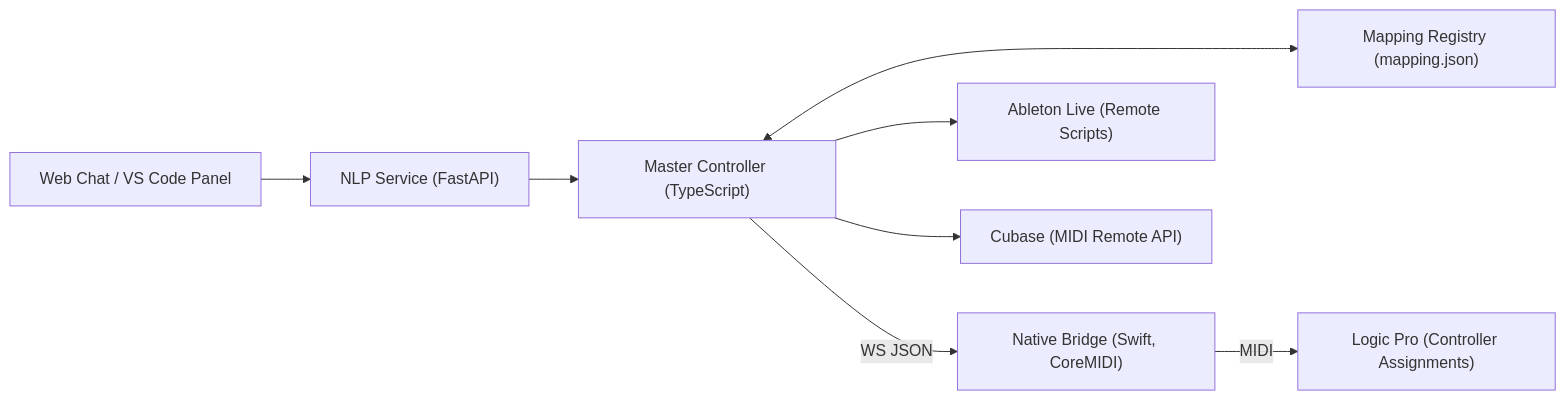
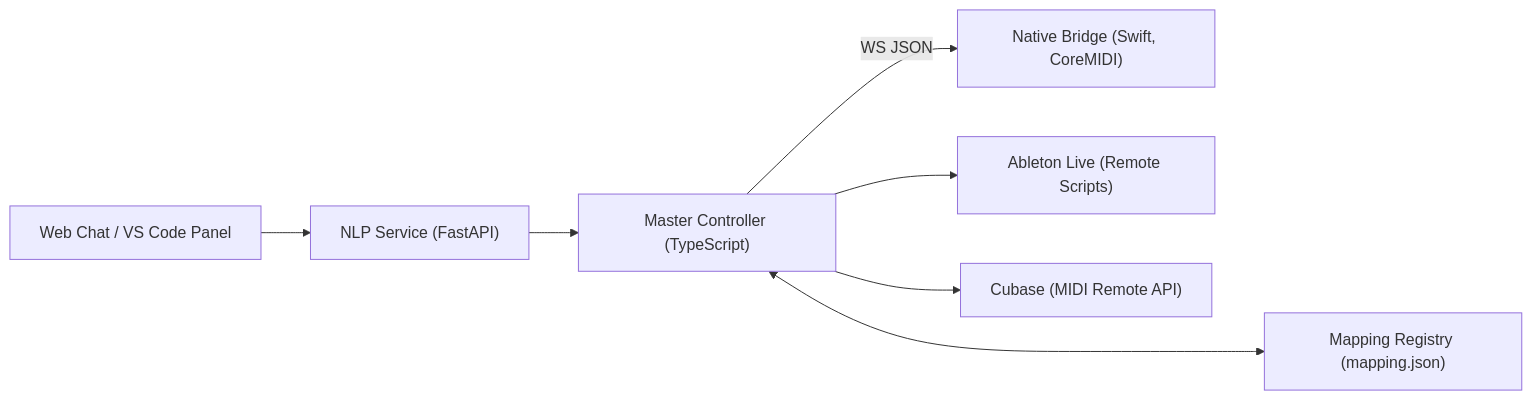
Before and after one commit to mantisbikr/fadebender: the diagram in docs/Fadebender_MVP.md, drawn with Mermaid. The commit also changed other lines of this file and 22 other files, not shown here.

````diff
--- a/docs/Fadebender_MVP.md
+++ b/docs/Fadebender_MVP.md
@@ -75,18 +70,18 @@
 ```mermaid
 flowchart LR
     UI["Web Chat / VS Code Panel"]
     NLP["NLP Service (FastAPI)"]
     CTRL["Master Controller (TypeScript)"]
     BR["Native Bridge (Swift, CoreMIDI)"]
-    LOGIC["Logic Pro (Controller Assignments)"]
+    
     LIVE["Ableton Live (Remote Scripts)"]
     CUBASE["Cubase (MIDI Remote API)"]
     MAPS["Mapping Registry (mapping.json)"]
 
     UI --> NLP --> CTRL
     CTRL <---> MAPS
     CTRL -->|WS JSON| BR
-    BR -->|MIDI| LOGIC
+    
     CTRL --> LIVE
     CTRL --> CUBASE
 ```
````
